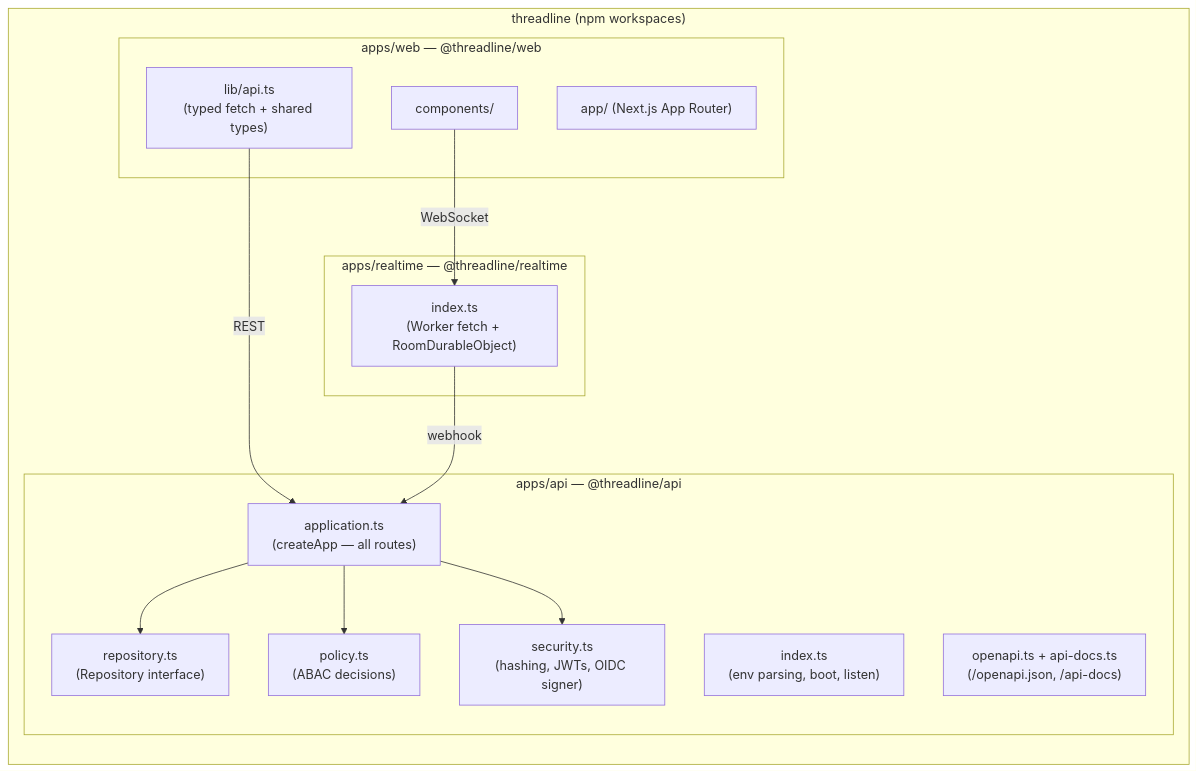
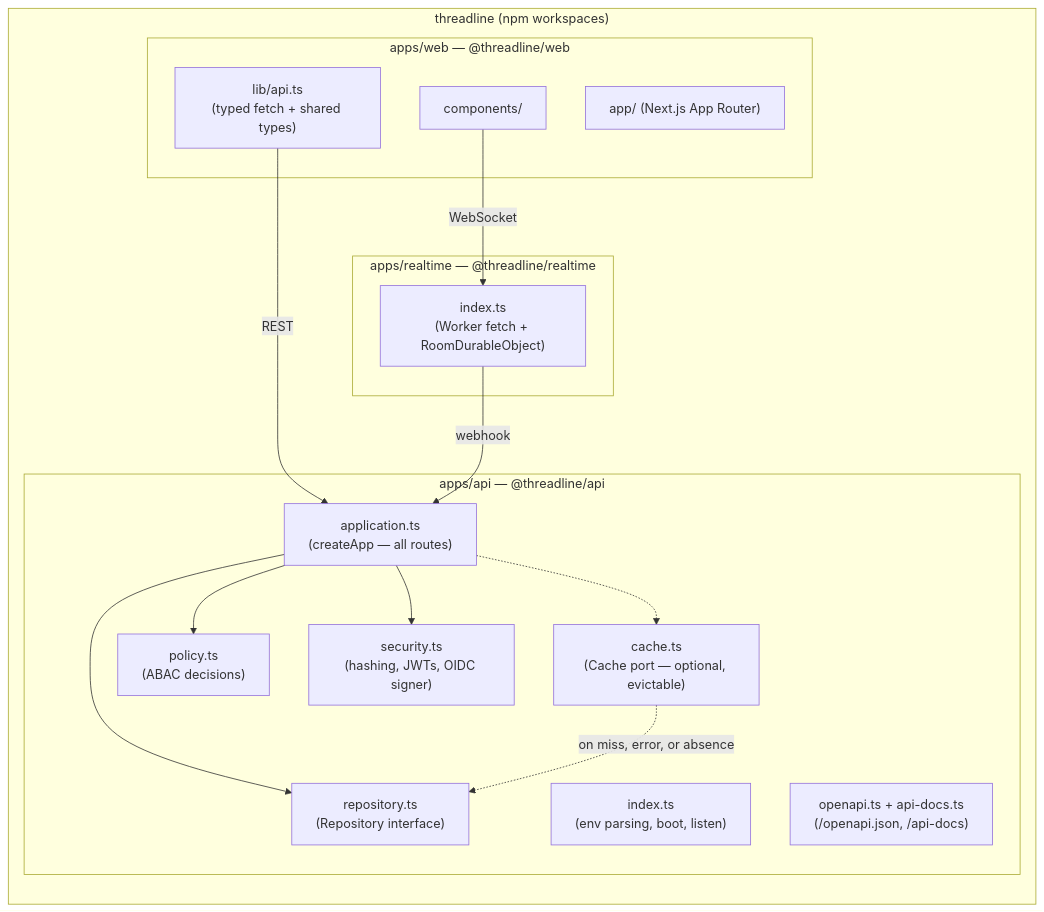
One commit to hoangsonww/Threadline-RealTime-Collab changed the fourth of 8 diagrams in docs/architecture.md. Above: the diagram before and after it, drawn with Mermaid. The commit also changed other lines of this file and 17 other files, not shown here.

````diff
--- a/docs/architecture.md
+++ b/docs/architecture.md
@@ -125,27 +129,30 @@
 ```mermaid
 graph LR
     subgraph repo["threadline (npm workspaces)"]
         subgraph web["apps/web — @threadline/web"]
             webApp["app/ (Next.js App Router)"]
             webComp["components/"]
             webLib["lib/api.ts<br/>(typed fetch + shared types)"]
         end
         subgraph api["apps/api — @threadline/api"]
             apiApp["application.ts<br/>(createApp — all routes)"]
             apiIndex["index.ts<br/>(env parsing, boot, listen)"]
             apiRepo["repository.ts<br/>(Repository interface)"]
+            apiCache["cache.ts<br/>(Cache port — optional, evictable)"]
             apiPolicy["policy.ts<br/>(ABAC decisions)"]
             apiSec["security.ts<br/>(hashing, JWTs, OIDC signer)"]
             apiDocs["openapi.ts + api-docs.ts<br/>(/openapi.json, /api-docs)"]
         end
         subgraph realtime["apps/realtime — @threadline/realtime"]
             rtIndex["index.ts<br/>(Worker fetch + RoomDurableObject)"]
         end
     end
     webLib -->|"REST"| apiApp
     webComp -->|"WebSocket"| rtIndex
     rtIndex -->|"webhook"| apiApp
     apiApp --> apiRepo
+    apiApp -.-> apiCache
+    apiCache -.->|"on miss, error, or absence"| apiRepo
     apiApp --> apiPolicy
     apiApp --> apiSec
 ```
````
